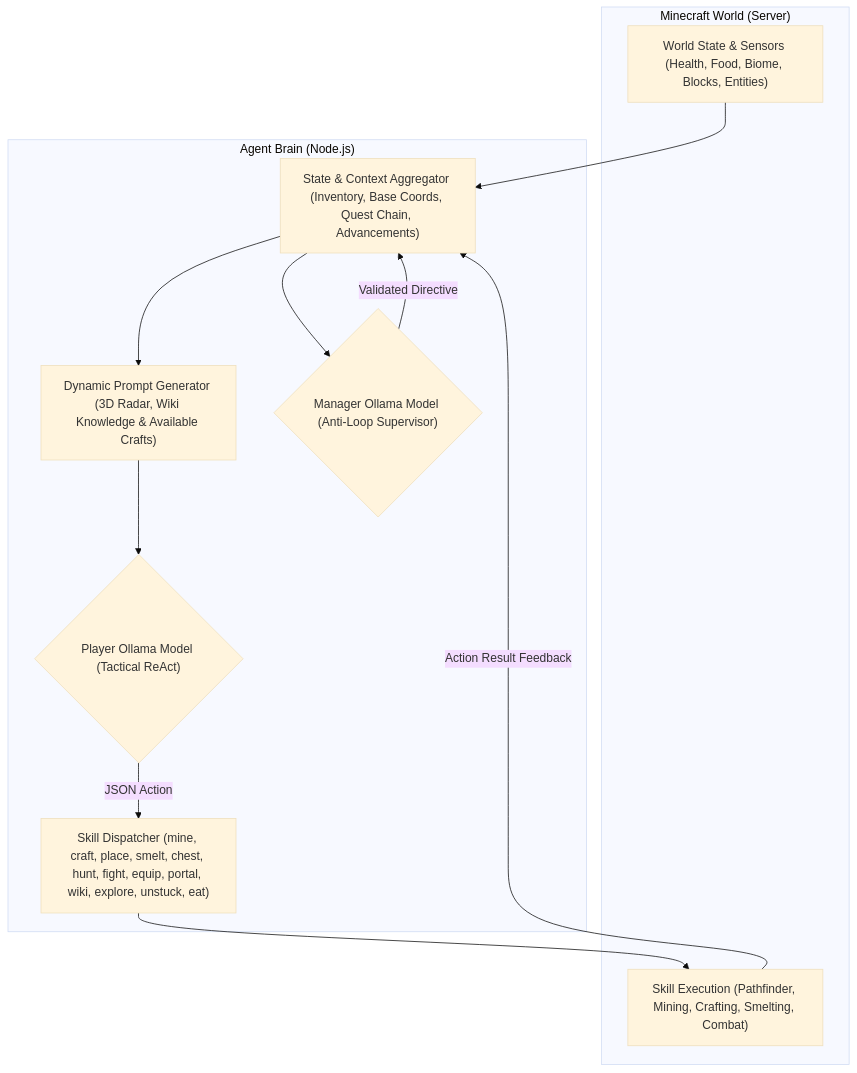
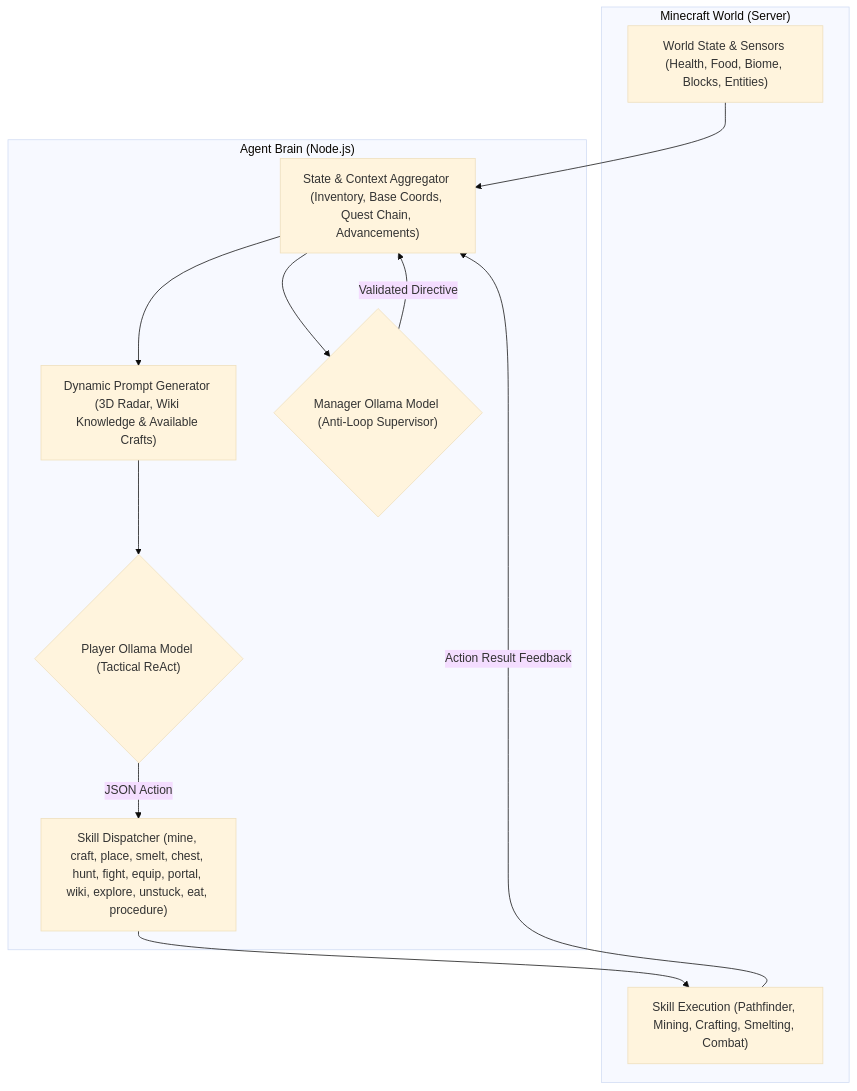
One commit to Gw3nhael51/ollaCraft changed the second of 2 diagrams in README.md. Above: the diagram before and after it, drawn with Mermaid (base theme). The commit also changed other lines of this file, not shown here.

Commit message:
docs(readme): update architecture, Docker workflow, tool selection, and Nether portal skills

````diff
--- a/README.md
+++ b/README.md
@@ -36,24 +38,24 @@
 ```mermaid
 flowchart TD
     subgraph Minecraft["Minecraft World (Server)"]
         SENSORS["World State & Sensors (Health, Food, Biome, Blocks, Entities)"]
         EXEC["Skill Execution (Pathfinder, Mining, Crafting, Smelting, Combat)"]
     end
 
     subgraph Core["Agent Brain (Node.js)"]
         CTX["State & Context Aggregator (Inventory, Base Coords, Quest Chain, Advancements)"]
         PROMPT["Dynamic Prompt Generator (3D Radar, Wiki Knowledge & Available Crafts)"]
         LLM{"Player Ollama Model (Tactical ReAct)"}
         MANAGER{"Manager Ollama Model (Anti-Loop Supervisor)"}
-        DISPATCH["Skill Dispatcher (mine, craft, place, smelt, chest, hunt, fight, equip, portal, wiki, explore, unstuck, eat)"]
+        DISPATCH["Skill Dispatcher (mine, craft, place, smelt, chest, hunt, fight, equip, portal, wiki, explore, unstuck, eat, procedure)"]
     end
 
     SENSORS --> CTX
     CTX --> PROMPT
     PROMPT --> LLM
     LLM -->|JSON Action| DISPATCH
     DISPATCH --> EXEC
     EXEC -->|Action Result Feedback| CTX
     CTX --> MANAGER
     MANAGER -->|Validated Directive| CTX
 ```
````
